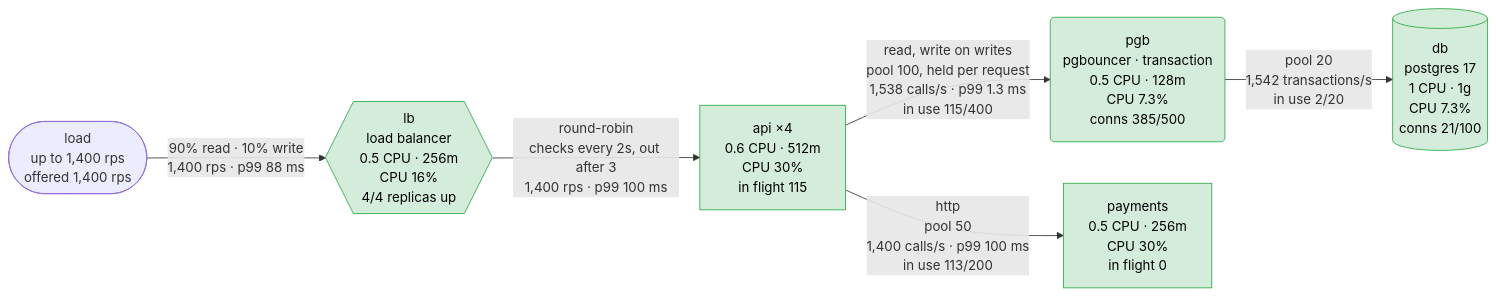
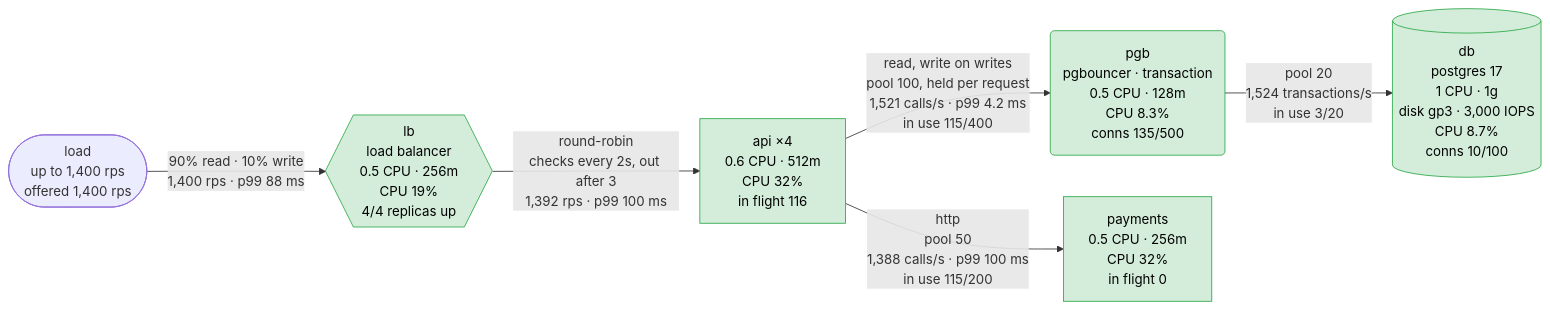
Before and after one commit to akinfemi/load-lore: the first of 5 diagrams in scenarios/connection-pool-trap/solutions/pgbouncer/report.md, drawn with Mermaid. The commit also changed other lines of this file and 125 other files, not shown here.

````diff
--- a/scenarios/connection-pool-trap/solutions/pgbouncer/report.md
+++ b/scenarios/connection-pool-trap/solutions/pgbouncer/report.md
@@ -17,18 +15,18 @@
 ```mermaid
 flowchart LR
     load(["load<br/>up to 1,400 rps<br/>offered 1,400 rps"])
-    lb{{"lb<br/>load balancer<br/>0.5 CPU · 256m<br/>CPU 16%<br/>4/4 replicas up"}}
-    api["api ×4<br/>0.6 CPU · 512m<br/>CPU 30%<br/>in flight 115"]
-    pgb("pgb<br/>pgbouncer · transaction<br/>0.5 CPU · 128m<br/>CPU 7.3%<br/>conns 385/500")
-    payments["payments<br/>0.5 CPU · 256m<br/>CPU 30%<br/>in flight 0"]
-    db[("db<br/>postgres 17<br/>1 CPU · 1g<br/>CPU 7.3%<br/>conns 21/100")]
+    lb{{"lb<br/>load balancer<br/>0.5 CPU · 256m<br/>CPU 19%<br/>4/4 replicas up"}}
+    api["api ×4<br/>0.6 CPU · 512m<br/>CPU 32%<br/>in flight 116"]
+    pgb("pgb<br/>pgbouncer · transaction<br/>0.5 CPU · 128m<br/>CPU 8.3%<br/>conns 135/500")
+    payments["payments<br/>0.5 CPU · 256m<br/>CPU 32%<br/>in flight 0"]
+    db[("db<br/>postgres 17<br/>1 CPU · 1g<br/>disk gp3 · 3,000 IOPS<br/>CPU 8.7%<br/>conns 10/100")]
     load -->|"90% read · 10% write<br/>1,400 rps · p99 88 ms"| lb
-    lb -->|"round-robin<br/>checks every 2s, out after 3<br/>1,400 rps · p99 100 ms"| api
-    api -->|"read, write on writes<br/>pool 100, held per request<br/>1,538 calls/s · p99 1.3 ms<br/>in use 115/400"| pgb
-    api -->|"http<br/>pool 50<br/>1,400 calls/s · p99 100 ms<br/>in use 113/200"| payments
-    pgb -->|"pool 20<br/>1,542 transactions/s<br/>in use 2/20"| db
+    lb -->|"round-robin<br/>checks every 2s, out after 3<br/>1,392 rps · p99 100 ms"| api
+    api -->|"read, write on writes<br/>pool 100, held per request<br/>1,521 calls/s · p99 4.2 ms<br/>in use 115/400"| pgb
+    api -->|"http<br/>pool 50<br/>1,388 calls/s · p99 100 ms<br/>in use 115/200"| payments
+    pgb -->|"pool 20<br/>1,524 transactions/s<br/>in use 3/20"| db
     classDef ok fill:#d4edda,stroke:#28a745,color:#000
     classDef warm fill:#fff3cd,stroke:#d39e00,color:#000
     classDef hot fill:#f8d7da,stroke:#dc3545,color:#000
     class lb,api,pgb,payments,db ok
 ```
````
